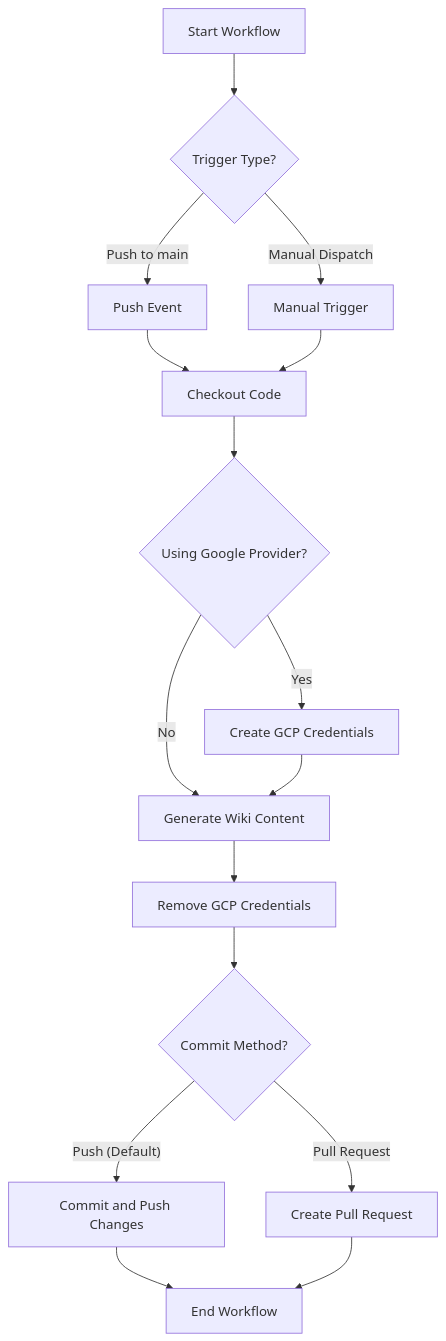
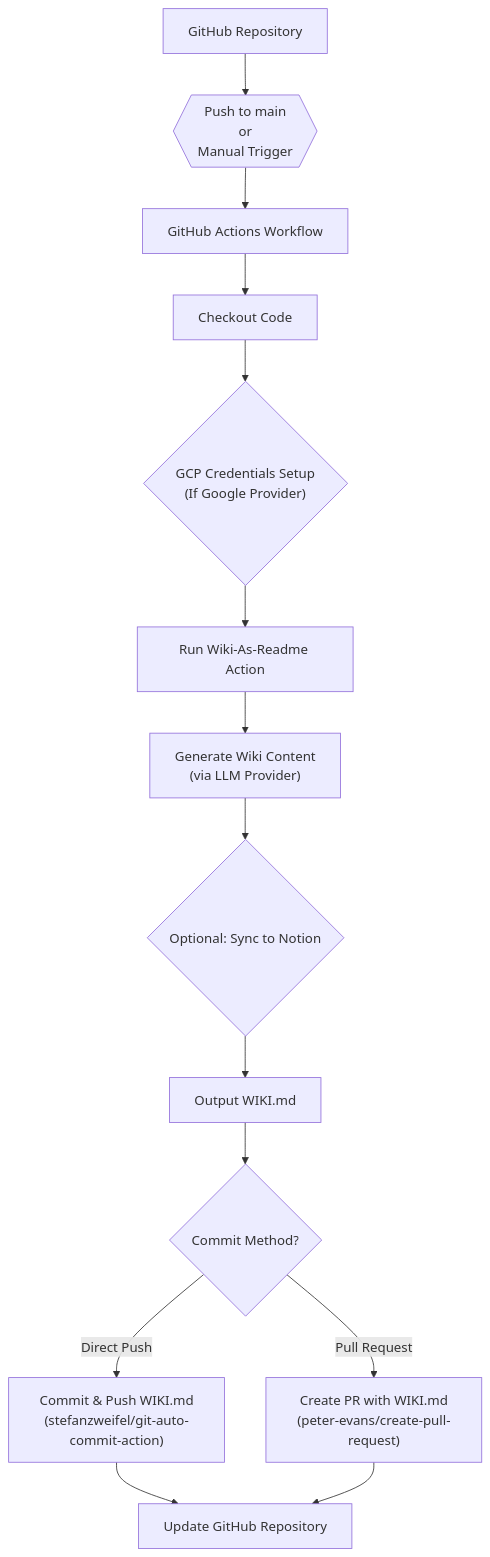
The first of 23 diagrams in examples/wiki_as_README.md (catuscio/wiki-as-readme), drawn with Mermaid before and after one commit. The commit also changed other lines of this file, not shown here.

Commit message:
✨📚 Update examples/wiki_as_README.md via Wiki-As-Readme Action (ko)

````diff
--- a/examples/wiki_as_README.md
+++ b/examples/wiki_as_README.md
@@ -185,24 +143,20 @@
 ```mermaid
 graph TD
-    A["Start Workflow"] --> B{"Trigger Type?"}
+    A["GitHub Repository"] --> B{{"Push to main<br/>or<br/>Manual Trigger"}};
+    B --> C["GitHub Actions Workflow"];
 
-    B -- "Push to main" --> C["Push Event"]
-    B -- "Manual Dispatch" --> D["Manual Trigger"]
+    C --> D["Checkout Code"];
+    D --> E{"GCP Credentials Setup<br/>(If Google Provider)"};
+    E --> F["Run Wiki-As-Readme Action"];
 
-    C --> E["Checkout Code"]
-    D --> E
+    F --> G["Generate Wiki Content<br/>(via LLM Provider)"];
+    G --> H{"Optional: Sync to Notion"};
+    H --> I["Output WIKI.md"];
 
-    E --> F{"Using Google Provider?"}
-    F -- "Yes" --> G["Create GCP Credentials"]
-    F -- "No" --> H["Generate Wiki Content"]
+    I --> J{"Commit Method?"};
+    J -- "Direct Push" --> K["Commit & Push WIKI.md<br/>(stefanzweifel/git-auto-commit-action)"];
+    J -- "Pull Request" --> L["Create PR with WIKI.md<br/>(peter-evans/create-pull-request)"];
 
-    G --> H
-    H --> I["Remove GCP Credentials"]
-
-    I --> J{"Commit Method?"}
-    J -- "Push (Default)" --> K["Commit and Push Changes"]
-    J -- "Pull Request" --> L["Create Pull Request"]
-
-    K --> M["End Workflow"]
-    L --> M
+    K --> M["Update GitHub Repository"];
+    L --> M;
 ```
````
